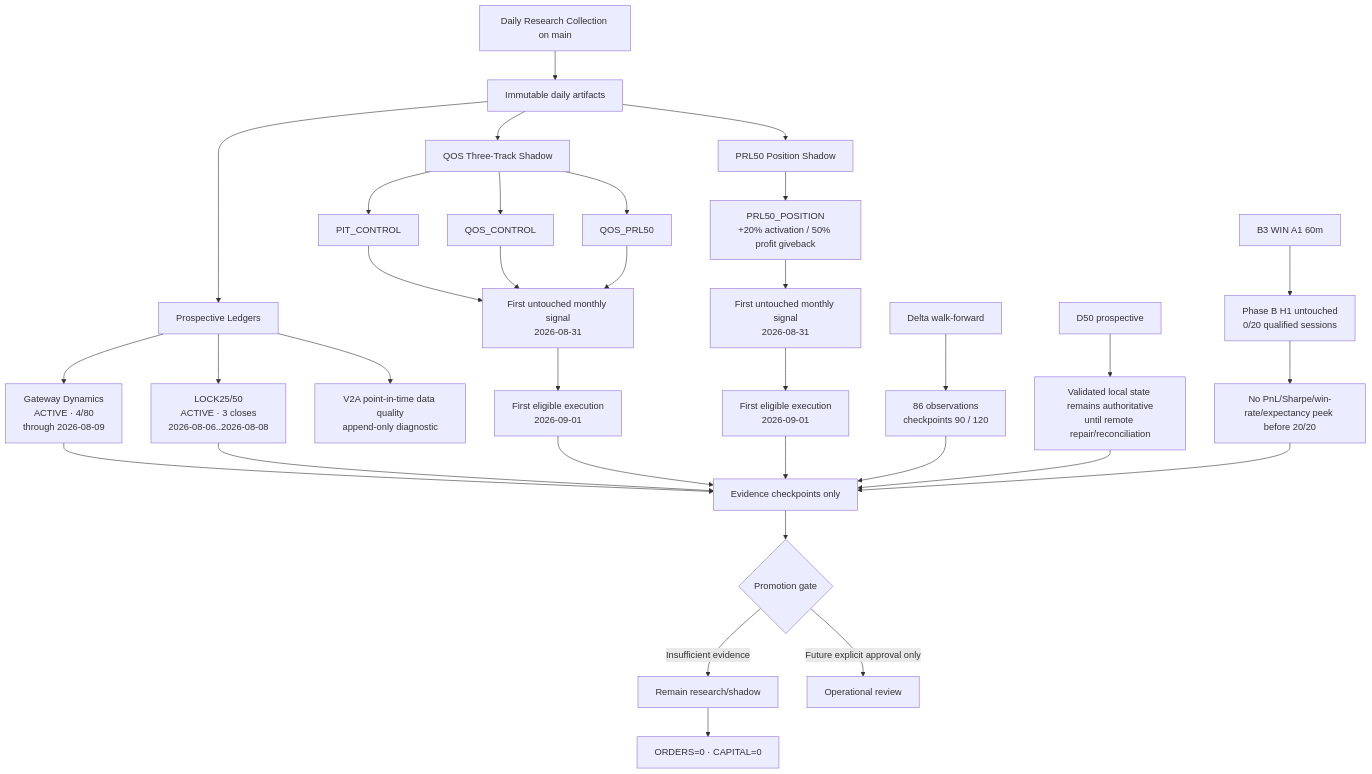
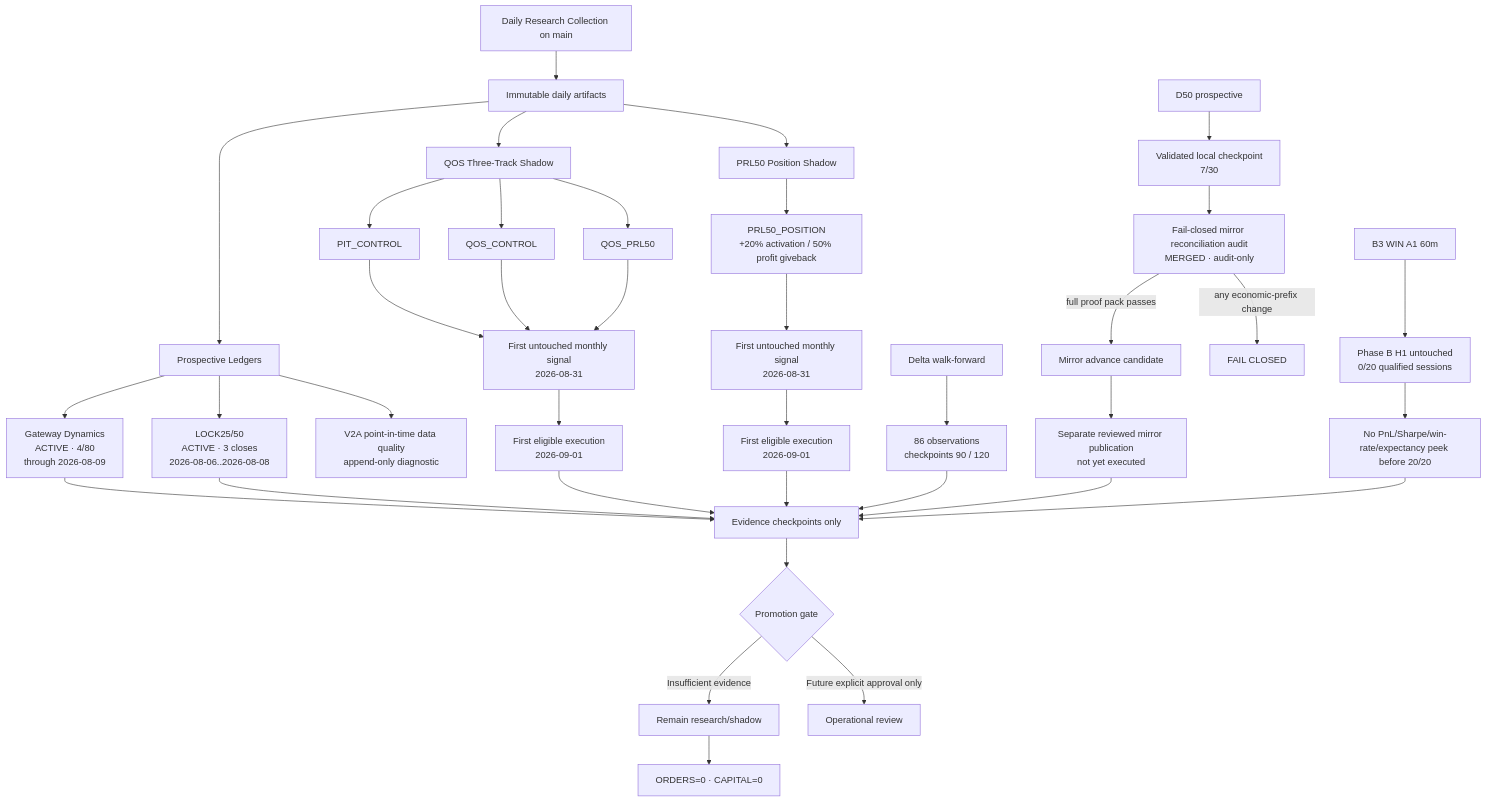
Before and after one commit to vmasardinha-coder/QRDS: the diagram in migration/GATE_BTC_SYSTEM_DIAGRAM_CURRENT.md, drawn with Mermaid. The commit also changed other lines of this file, not shown here.

Commit message:
Update diagram after D50 audit boundary merge

````diff
--- a/migration/GATE_BTC_SYSTEM_DIAGRAM_CURRENT.md
+++ b/migration/GATE_BTC_SYSTEM_DIAGRAM_CURRENT.md
@@ -7,42 +7,48 @@
 ```mermaid
 flowchart TD
     A[Daily Research Collection on main] --> B[Immutable daily artifacts]
     B --> C[Prospective Ledgers]
     B --> D[QOS Three-Track Shadow]
     B --> E[PRL50 Position Shadow]
 
     C --> C1[Gateway Dynamics\nACTIVE · 4/80\nthrough 2026-08-09]
     C --> C2[LOCK25/50\nACTIVE · 3 closes\n2026-08-06..2026-08-08]
     C --> C3[V2A point-in-time data quality\nappend-only diagnostic]
 
     D --> D1[PIT_CONTROL]
     D --> D2[QOS_CONTROL]
     D --> D3[QOS_PRL50]
     D1 --> D4[First untouched monthly signal\n2026-08-31]
     D2 --> D4
     D3 --> D4
     D4 --> D5[First eligible execution\n2026-09-01]
 
     E --> E1[PRL50_POSITION\n+20% activation / 50% profit giveback]
     E1 --> E2[First untouched monthly signal\n2026-08-31]
     E2 --> E3[First eligible execution\n2026-09-01]
 
     F[Delta walk-forward] --> F1[86 observations\ncheckpoints 90 / 120]
-    G[D50 prospective] --> G1[Validated local state remains authoritative\nuntil remote repair/reconciliation]
+
+    G[D50 prospective] --> G1[Validated local checkpoint\n7/30]
+    G1 --> G2[Fail-closed mirror reconciliation audit\nMERGED · audit-only]
+    G2 -->|full proof pack passes| G3[Mirror advance candidate]
+    G2 -->|any economic-prefix change| G4[FAIL CLOSED]
+    G3 --> G5[Separate reviewed mirror publication\nnot yet executed]
+
     H[B3 WIN A1 60m] --> H1[Phase B H1 untouched\n0/20 qualified sessions]
     H1 --> H2[No PnL/Sharpe/win-rate/expectancy peek before 20/20]
 
     C1 --> Z[Evidence checkpoints only]
     C2 --> Z
     D5 --> Z
     E3 --> Z
     F1 --> Z
-    G1 --> Z
+    G5 --> Z
     H2 --> Z
 
     Z --> P{Promotion gate}
     P -->|Insufficient evidence| R[Remain research/shadow]
     P -->|Future explicit approval only| O[Operational review]
 
     R --> S[ORDERS=0 · CAPITAL=0]
 ```
````
